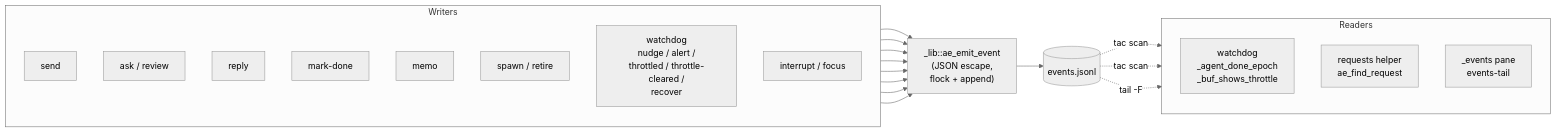
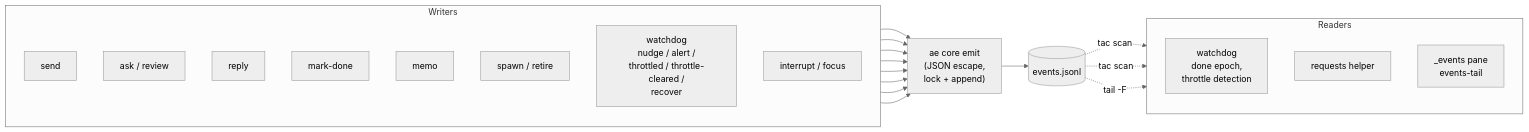
One commit to clemens33/ae changed the diagram in docs/internals/events.md. Above: the diagram before and after it, drawn with Mermaid (neutral theme). The commit also changed other lines of this file and 12 other files, not shown here.

````diff
--- a/docs/internals/events.md
+++ b/docs/internals/events.md
@@ -9,35 +9,35 @@
 ```mermaid
 flowchart LR
     subgraph Writers
         direction TB
         SH[send]
         AKH[ask / review]
         RPH[reply]
         MDH[mark-done]
         MEH[memo]
         SPH[spawn / retire]
         LP1["watchdog<br/>nudge / alert /<br/>throttled / throttle-cleared /<br/>recover"]
         IH[interrupt / focus]
     end
-    EE["_lib::ae_emit_event<br/>(JSON escape,<br/>flock + append)"]
+    EE["ae core emit<br/>(JSON escape,<br/>lock + append)"]
     FILE[(events.jsonl)]
     subgraph Readers
         direction TB
-        LP2["watchdog<br/>_agent_done_epoch<br/>_buf_shows_throttle"]
-        REQ["requests helper<br/>ae_find_request"]
+        LP2["watchdog<br/>done epoch,<br/>throttle detection"]
+        REQ["requests helper"]
         ET["_events pane<br/>events-tail"]
     end
 
     SH --> EE
     AKH --> EE
     RPH --> EE
     MDH --> EE
     MEH --> EE
     SPH --> EE
     LP1 --> EE
     IH --> EE
     EE --> FILE
     FILE -.tac scan.-> LP2
     FILE -.tac scan.-> REQ
     FILE -.tail -F.-> ET
 ```
````
